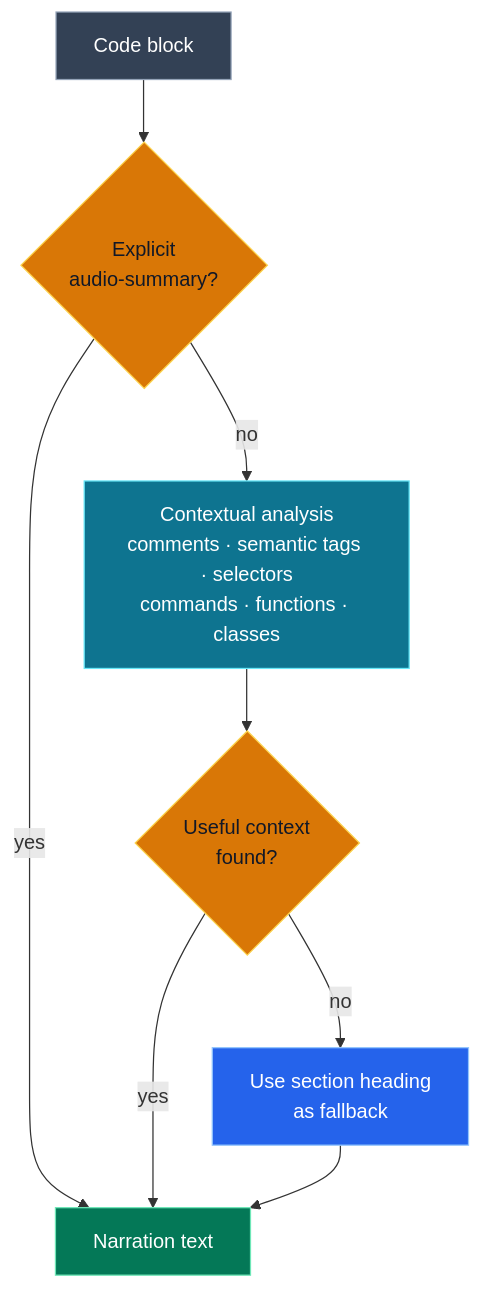
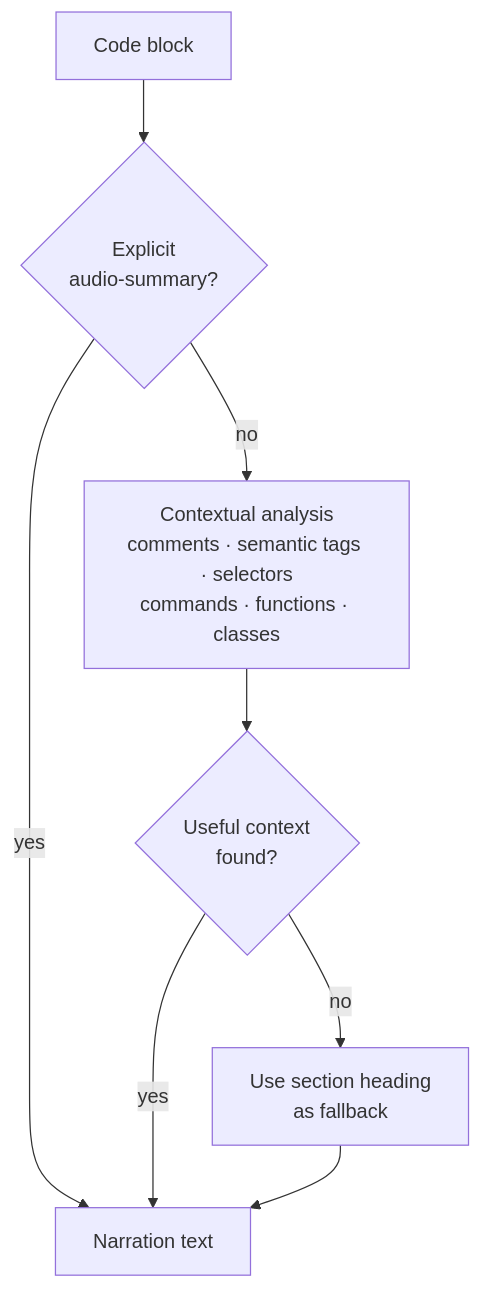
One commit to g-savitha/gsavitha.in changed the second of 7 diagrams in src/content/blog/blog-audio-player.md. Above: the diagram before and after it, drawn with Mermaid. The commit also changed other lines of this file and 5 other files, not shown here.

Commit message:
Mermaid: move every post colour into one PALETTE; posts use named classes only

````diff
--- a/src/content/blog/blog-audio-player.md
+++ b/src/content/blog/blog-audio-player.md
@@ -159,16 +152,10 @@
 ```mermaid
 flowchart TD
-    CB["Code block"]:::content --> EXPLICIT{"Explicit\naudio-summary?"}:::warning
-    EXPLICIT -->|"yes"| OUT["Narration text"]:::success
-    EXPLICIT -->|"no"| ANALYZE["Contextual analysis\ncomments · semantic tags · selectors\ncommands · functions · classes"]:::info
-    ANALYZE --> FOUND{"Useful context\nfound?"}:::warning
+    CB["Code block"]:::content --> EXPLICIT{"Explicit\naudio-summary?"}:::amber
+    EXPLICIT -->|"yes"| OUT["Narration text"]:::emerald
+    EXPLICIT -->|"no"| ANALYZE["Contextual analysis\ncomments · semantic tags · selectors\ncommands · functions · classes"]:::teal
+    ANALYZE --> FOUND{"Useful context\nfound?"}:::amber
     FOUND -->|"yes"| OUT
-    FOUND -->|"no"| FALLBACK["Use section heading\nas fallback"]:::primary
+    FOUND -->|"no"| FALLBACK["Use section heading\nas fallback"]:::royal
     FALLBACK --> OUT
-
-    classDef primary fill:#2563eb,stroke:#93c5fd,color:#ffffff
-    classDef info fill:#0e7490,stroke:#67e8f9,color:#ffffff
-    classDef success fill:#047857,stroke:#6ee7b7,color:#ffffff
-    classDef warning fill:#d97706,stroke:#fcd34d,color:#111827
-    classDef content fill:#334155,stroke:#94a3b8,color:#ffffff
 ```
````
